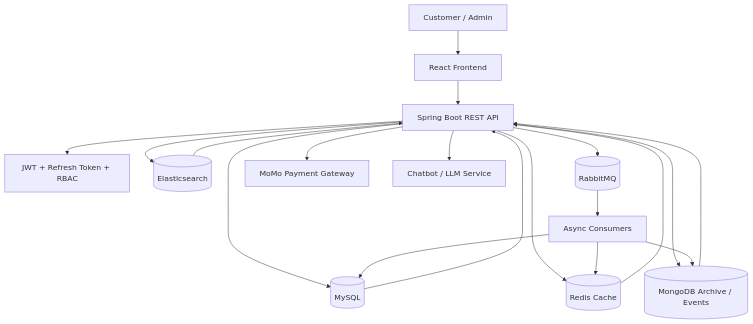
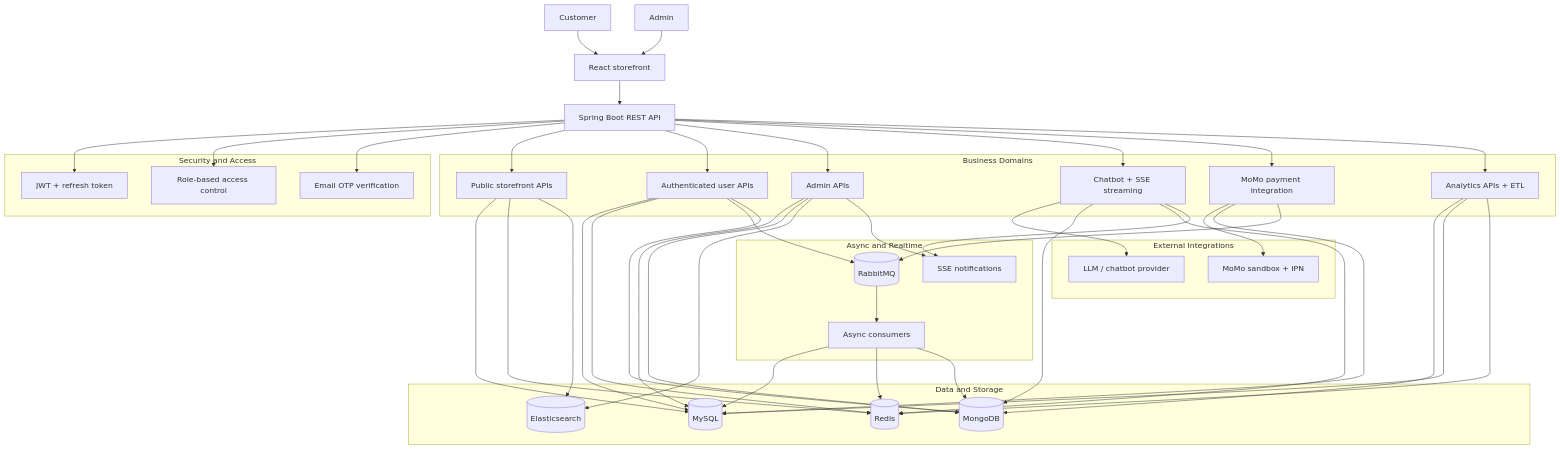
One commit to Minhca2k5/Ecommerce changed the diagram in README.md. Above: the diagram before and after it, drawn with Mermaid. The commit also changed other lines of this file and 7 other files, not shown here.

````diff
--- a/README.md
+++ b/README.md
@@ -19,24 +32,83 @@
 ```mermaid
 flowchart TB
-    U[Customer / Admin] --> UI[React Frontend]
-    UI --> API[Spring Boot REST API]
+    Customer[Customer] --> Frontend[React storefront]
+    Admin[Admin] --> Frontend
 
-    API --> AUTH[JWT + Refresh Token + RBAC]
-    API --> MYSQL[(MySQL)]
-    API --> REDIS[(Redis Cache)]
-    API --> ES[(Elasticsearch)]
-    API --> MQ[(RabbitMQ)]
-    API --> MONGO[(MongoDB Archive / Events)]
-    API --> PAY[MoMo Payment Gateway]
-    API --> AI[Chatbot / LLM Service]
+    Frontend --> API[Spring Boot REST API]
 
-    MQ --> WORKERS[Async Consumers]
-    WORKERS --> MYSQL
-    WORKERS --> MONGO
-    WORKERS --> REDIS
+    subgraph Security[Security and Access]
+        Auth[JWT + refresh token]
+        RBAC[Role-based access control]
+        OTP[Email OTP verification]
+    end
 
-    MYSQL --> API
-    REDIS --> API
-    ES --> API
-    MONGO --> API
+    subgraph Domains[Business Domains]
+        Public[Public storefront APIs]
+        User[Authenticated user APIs]
+        AdminApi[Admin APIs]
+        Chatbot[Chatbot + SSE streaming]
+        Payment[MoMo payment integration]
+        Analytics[Analytics APIs + ETL]
+    end
+
+    subgraph Data[Data and Storage]
+        MySQL[(MySQL)]
+        Redis[(Redis)]
+        Search[(Elasticsearch)]
+        Mongo[(MongoDB)]
+    end
+
+    subgraph Async[Async and Realtime]
+        MQ[(RabbitMQ)]
+        Consumers[Async consumers]
+        SSE[SSE notifications]
+    end
+
+    subgraph External[External Integrations]
+        MoMo[MoMo sandbox + IPN]
+        LLM[LLM / chatbot provider]
+    end
+
+    API --> Auth
+    API --> RBAC
+    API --> OTP
+
+    API --> Public
+    API --> User
+    API --> AdminApi
+    API --> Chatbot
+    API --> Payment
+    API --> Analytics
+
+    Public --> MySQL
+    Public --> Redis
+    Public --> Search
+
+    User --> MySQL
+    User --> Redis
+    User --> MQ
+    User --> Mongo
+
+    AdminApi --> MySQL
+    AdminApi --> Mongo
+    AdminApi --> Search
+    AdminApi --> SSE
+
+    Chatbot --> LLM
+    Chatbot --> Mongo
+    Chatbot --> Redis
+    Chatbot --> SSE
+
+    Payment --> MoMo
+    Payment --> MySQL
+    Payment --> MQ
+
+    MQ --> Consumers
+    Consumers --> MySQL
+    Consumers --> Redis
+    Consumers --> Mongo
+
+    Analytics --> Mongo
+    Analytics --> MySQL
+    Analytics --> Redis
 ```
````
